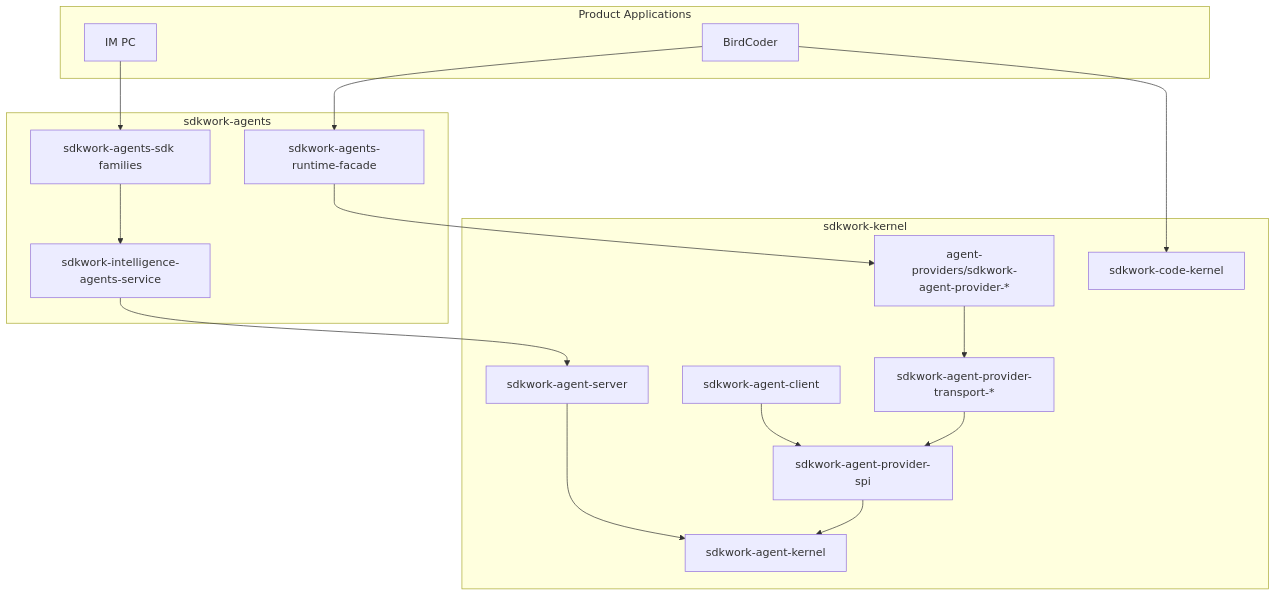
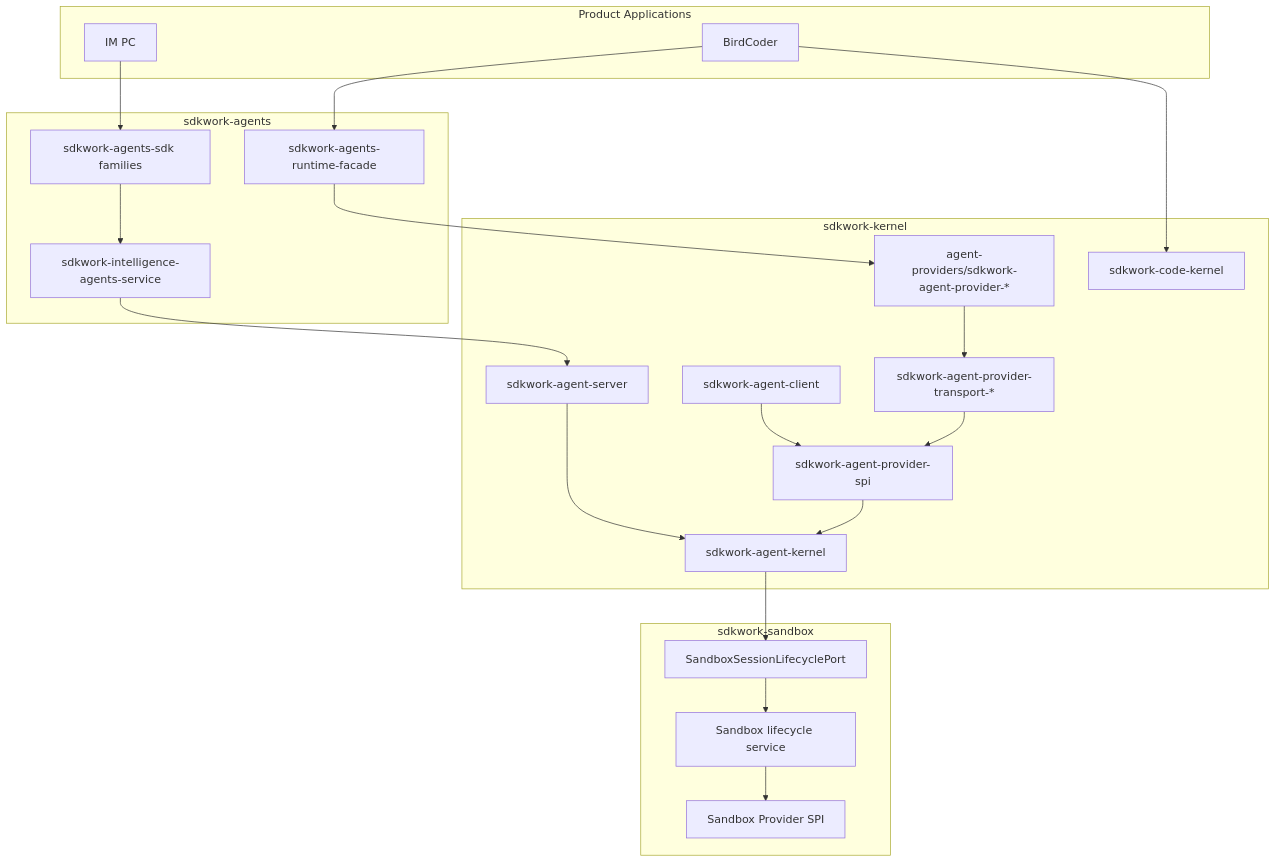
Before and after one commit to Sdkwork-Cloud/sdkwork-kernel: the diagram in docs/architecture/tech/TECH_ARCHITECTURE.md, drawn with Mermaid. The commit also changed other lines of this file and 22 other files, not shown here.

````diff
--- a/docs/architecture/tech/TECH_ARCHITECTURE.md
+++ b/docs/architecture/tech/TECH_ARCHITECTURE.md
@@ -55,33 +62,40 @@
 ```mermaid
 flowchart TB
   subgraph products [Product Applications]
     BC[BirdCoder]
     IM[IM PC]
   end
 
   subgraph agents [sdkwork-agents]
     SVC[sdkwork-intelligence-agents-service]
     RT[sdkwork-agents-runtime-facade]
     SDK[sdkwork-agents-sdk families]
   end
 
   subgraph kernel [sdkwork-kernel]
     AK[sdkwork-agent-kernel]
     SPI[sdkwork-agent-provider-spi]
     TR[sdkwork-agent-provider-transport-*]
     PR[agent-providers/sdkwork-agent-provider-*]
     SRV[sdkwork-agent-server]
     CLI[sdkwork-agent-client]
     CK[sdkwork-code-kernel]
   end
 
+  subgraph sandbox [sdkwork-sandbox]
+    SLA[SandboxSessionLifecyclePort]
+    SLS[Sandbox lifecycle service]
+    SSP[Sandbox Provider SPI]
+  end
+
   BC --> RT
   IM --> SDK
   RT --> PR
   SDK --> SVC
   SVC --> SRV
   PR --> TR --> SPI --> AK
   SRV --> AK
   CLI --> SPI
   BC --> CK
+  AK --> SLA --> SLS --> SSP
 ```
````
